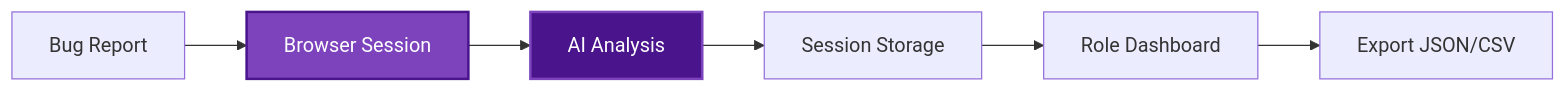
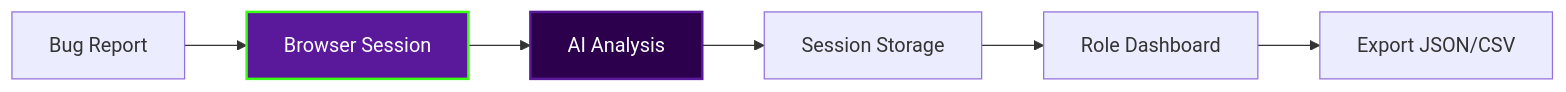
Before and after one commit to Nithisvaran-M/bug-triage-ai: the diagram in README.md, drawn with Mermaid. The commit also changed other lines of this file, not shown here.

````diff
--- a/README.md
+++ b/README.md
@@ -112,11 +109,11 @@
 ```mermaid
 graph LR
     A[Bug Report] --> B[Browser Session]
     B --> C[AI Analysis]
     C --> D[Session Storage]
     D --> E[Role Dashboard]
     E --> F[Export JSON/CSV]
     
-    style B fill:#7c43bd,stroke:#4a148c,stroke-width:2px,color:#fff
-    style C fill:#4a148c,stroke:#7c43bd,stroke-width:2px,color:#fff
+    style B fill:#5a189a,stroke:#39ff14,stroke-width:2px,color:#fff
+    style C fill:#2d004d,stroke:#5a189a,stroke-width:2px,color:#fff
 ```
````
